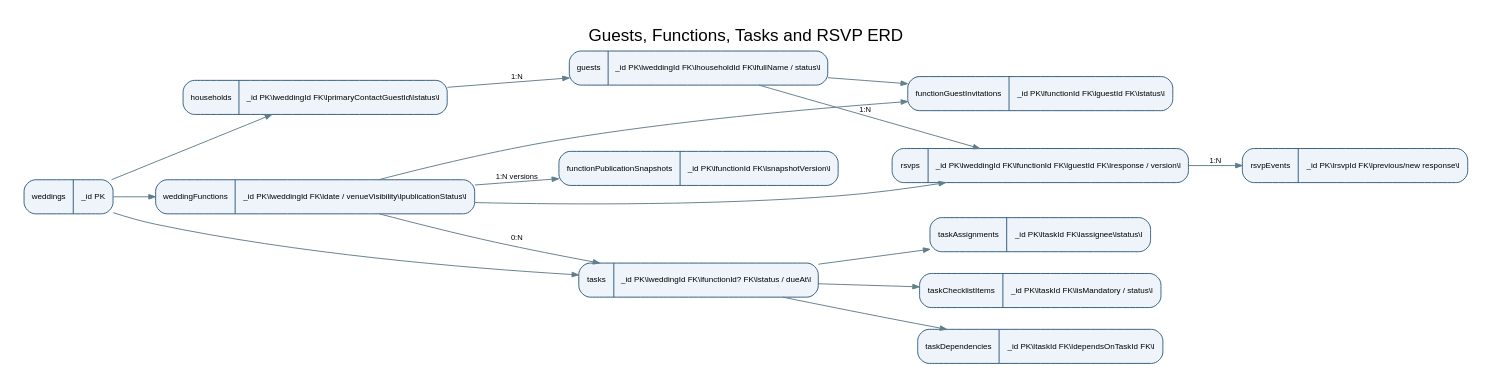
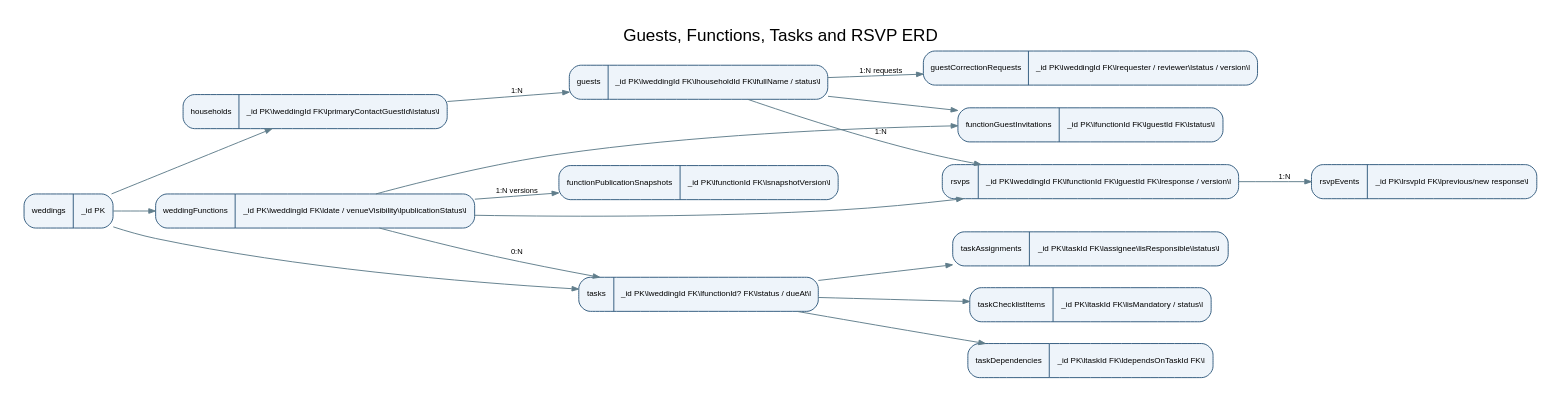
Before and after one commit to codeX4r/make-my-marrige: the diagram in docs/03-database-design/diagrams/03_guests_planning_rsvp.dot, drawn with Graphviz. The commit also changed 24 other files, not shown here.

```diff
--- a/docs/03-database-design/diagrams/03_guests_planning_rsvp.dot
+++ b/docs/03-database-design/diagrams/03_guests_planning_rsvp.dot
@@ -1,26 +1,28 @@
 
 digraph G {
  graph [rankdir=LR, bgcolor="white", pad="0.25", nodesep="0.3", ranksep="0.6", label="Guests, Functions, Tasks and RSVP ERD", labelloc=t, fontsize=18, fontname="Arial"];
  node [shape=record, style="rounded,filled", fillcolor="#EEF4FA", color="#315A7D", fontname="Arial", fontsize=8.5];
  edge [color="#607D8B", fontname="Arial", fontsize=8, arrowsize=0.7];
  weddings [label="{weddings|_id PK}"];
  households [label="{households|_id PK\\lweddingId FK\\lprimaryContactGuestId\\lstatus\\l}"];
  guests [label="{guests|_id PK\\lweddingId FK\\lhouseholdId FK\\lfullName / status\\l}"];
+ corrections [label="{guestCorrectionRequests|_id PK\\lweddingId FK\\lrequester / reviewer\\lstatus / version\\l}"];
  functions [label="{weddingFunctions|_id PK\\lweddingId FK\\ldate / venueVisibility\\lpublicationStatus\\l}"];
  pub [label="{functionPublicationSnapshots|_id PK\\lfunctionId FK\\lsnapshotVersion\\l}"];
  inv [label="{functionGuestInvitations|_id PK\\lfunctionId FK\\lguestId FK\\lstatus\\l}"];
  rsvp [label="{rsvps|_id PK\\lweddingId FK\\lfunctionId FK\\lguestId FK\\lresponse / version\\l}"];
  events [label="{rsvpEvents|_id PK\\lrsvpId FK\\lprevious/new response\\l}"];
  tasks [label="{tasks|_id PK\\lweddingId FK\\lfunctionId? FK\\lstatus / dueAt\\l}"];
- assign [label="{taskAssignments|_id PK\\ltaskId FK\\lassignee\\lstatus\\l}"];
+ assign [label="{taskAssignments|_id PK\\ltaskId FK\\lassignee\\lisResponsible\\lstatus\\l}"];
  checklist [label="{taskChecklistItems|_id PK\\ltaskId FK\\lisMandatory / status\\l}"];
  deps [label="{taskDependencies|_id PK\\ltaskId FK\\ldependsOnTaskId FK\\l}"];
  weddings -> households; weddings -> functions; weddings -> tasks;
  households -> guests [label="1:N"];
+ guests -> corrections [label="1:N requests"];
  functions -> pub [label="1:N versions"];
  functions -> inv; guests -> inv;
  functions -> rsvp; guests -> rsvp [label="1:N"];
  rsvp -> events [label="1:N"];
  functions -> tasks [label="0:N"];
  tasks -> assign; tasks -> checklist; tasks -> deps;
 }
```
